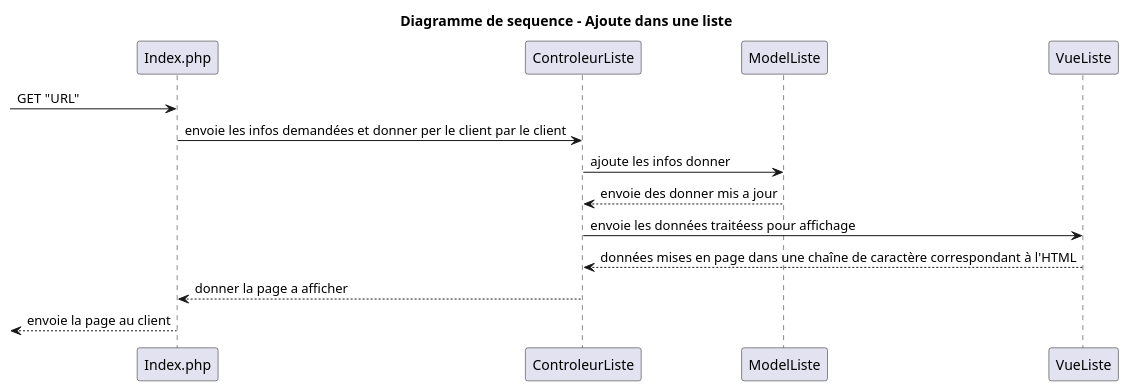
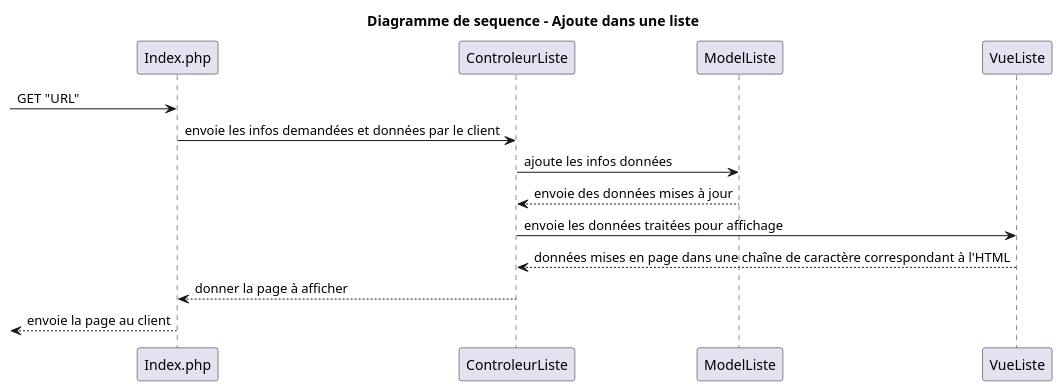
The diagram in doc/Diagramme Sequence Liste Ajout.puml (AlasDiablo/php-project-2019), drawn with PlantUML before and after one commit. The commit also changed 1 other file, not shown here.

Commit message:
correction des fautes (once again)

```diff
--- a/doc/Diagramme Sequence Liste Ajout.puml
+++ b/doc/Diagramme Sequence Liste Ajout.puml
@@ -1,19 +1,19 @@
 @startuml
 
 title Diagramme de sequence - Ajoute dans une liste
 
 participant Index.php as index
 participant ControleurListe as CListe
 participant ModelListe as MListe
 participant VueListe as VListe
 
 -> index: GET "URL"
-index -> CListe: envoie les infos demandées et donner per le client par le client
-CListe -> MListe: ajoute les infos donner
-CListe <-- MListe: envoie des donner mis a jour
-CListe -> VListe: envoie les données traitéess pour affichage
+index -> CListe: envoie les infos demandées et données par le client
+CListe -> MListe: ajoute les infos données
+CListe <-- MListe: envoie des données mises à jour
+CListe -> VListe: envoie les données traitées pour affichage
 CListe <-- VListe: données mises en page dans une chaîne de caractère correspondant à l'HTML
-index <-- CListe: donner la page a afficher
+index <-- CListe: donner la page à afficher
 <-- index: envoie la page au client
 
 @enduml
```
